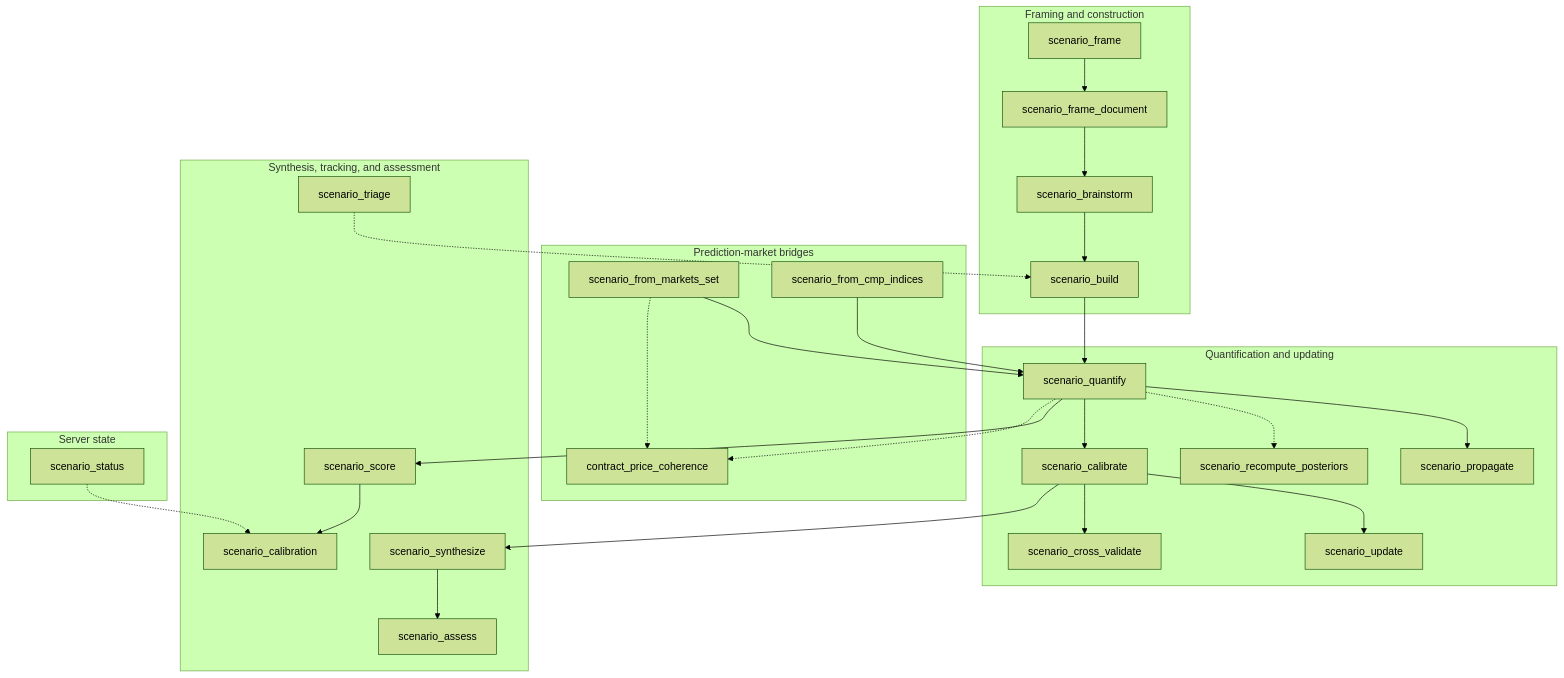
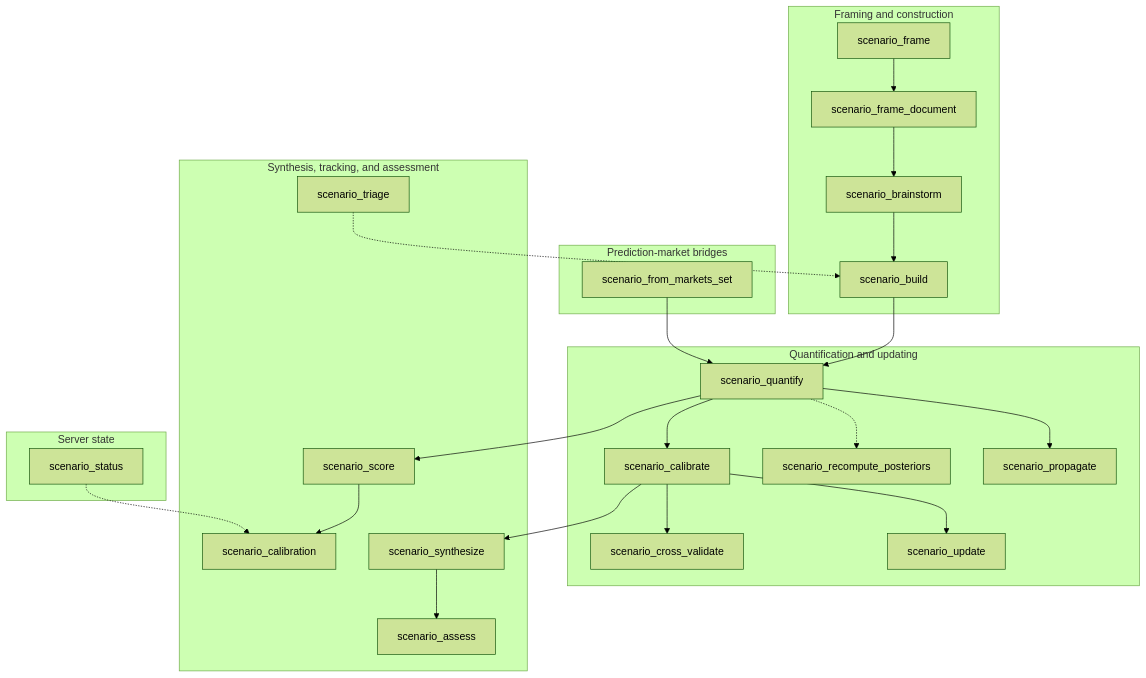
Before and after one commit to mdz-axo/zed-kask: the diagram in kask/docs/reference/mcp-servers/scenarios.md, drawn with Mermaid (forest theme). The commit also changed other lines of this file and 41 other files, not shown here.

````diff
--- a/kask/docs/reference/mcp-servers/scenarios.md
+++ b/kask/docs/reference/mcp-servers/scenarios.md
@@ -23,50 +23,45 @@
 ```mermaid
 flowchart TD
     subgraph Framing["Framing and construction"]
         frame["scenario_frame"] --> frame_doc["scenario_frame_document"]
         frame_doc --> brainstorm["scenario_brainstorm"] --> build["scenario_build"]
     end
 
     subgraph Bridges["Prediction-market bridges"]
         markets["scenario_from_markets_set"]
-        cmp["scenario_from_cmp_indices"]
-        coherence["contract_price_coherence"]
     end
 
     subgraph Computation["Quantification and updating"]
         quantify["scenario_quantify"]
         propagate["scenario_propagate"]
         posteriors["scenario_recompute_posteriors"]
         calibrate["scenario_calibrate"]
         update["scenario_update"]
         cross_validate["scenario_cross_validate"]
     end
 
     subgraph Synthesis["Synthesis, tracking, and assessment"]
         synthesize["scenario_synthesize"]
         score["scenario_score"]
         calibration["scenario_calibration"]
         triage["scenario_triage"]
         assess["scenario_assess"]
     end
 
     subgraph State["Server state"]
         status["scenario_status"]
     end
 
     build --> quantify
     markets --> quantify
-    cmp --> quantify
     quantify --> propagate
     quantify -.-> posteriors
     quantify --> calibrate
     calibrate --> update
     calibrate --> cross_validate
     calibrate --> synthesize
     quantify --> score --> calibration
     synthesize --> assess
     triage -.-> build
-    markets -.-> coherence
-    quantify -.-> coherence
     status -.-> calibration
 ```
````
